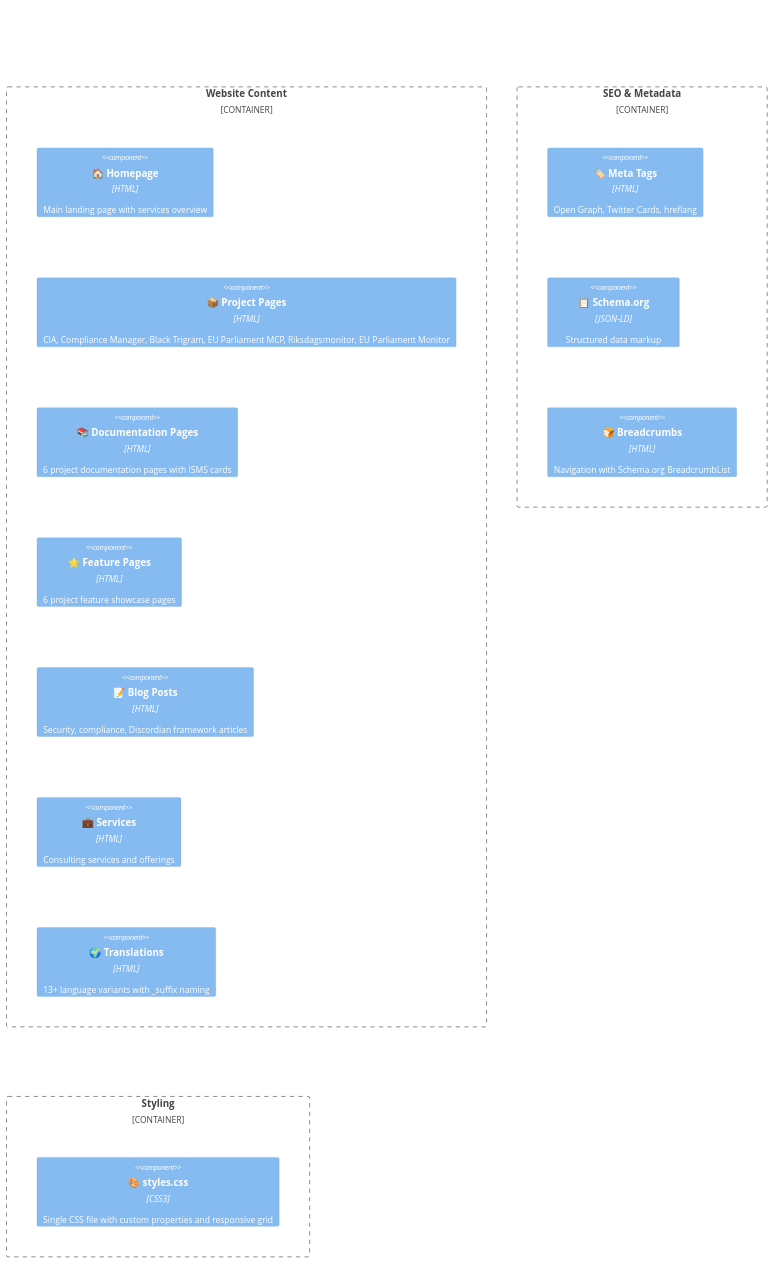
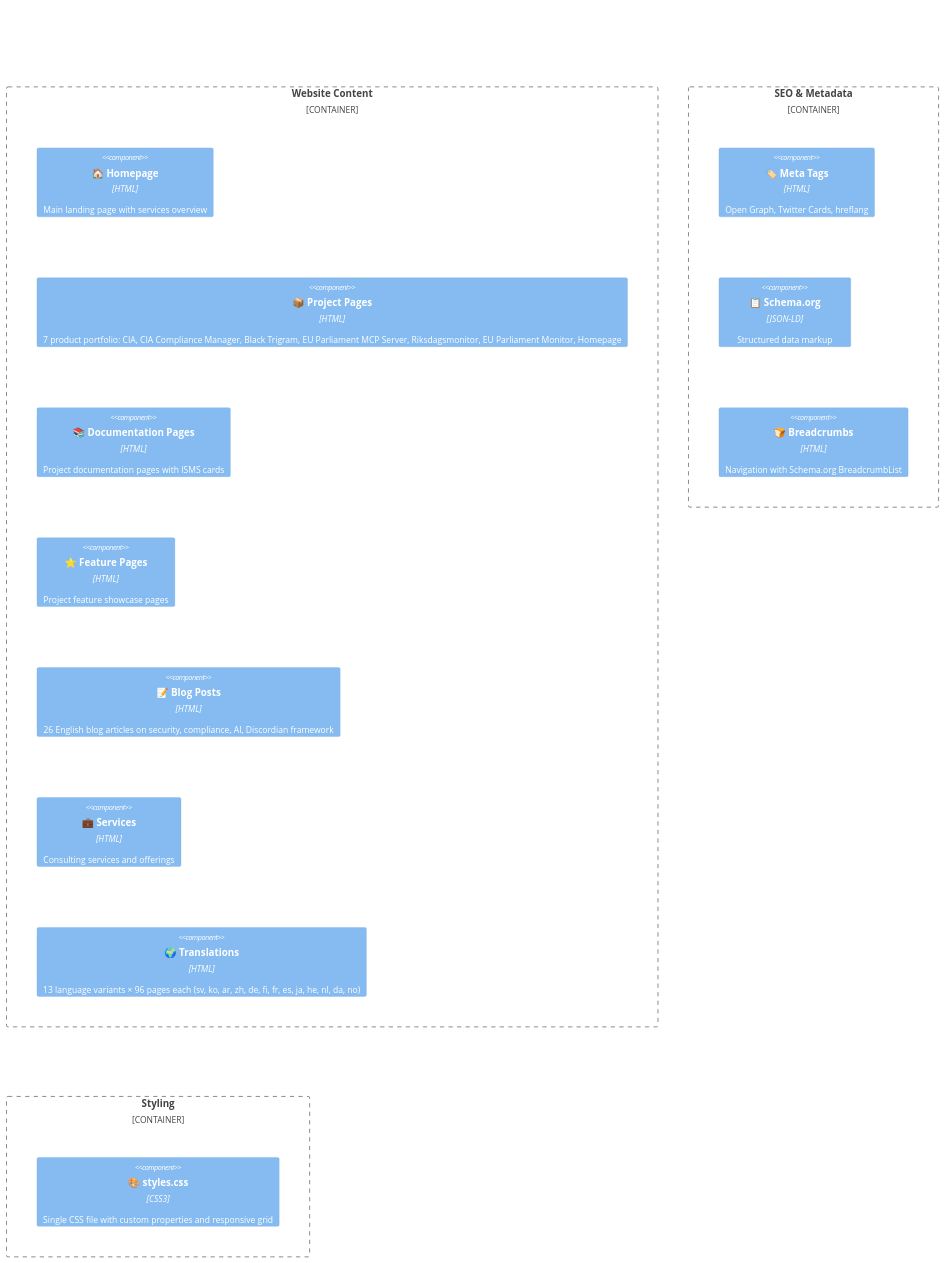
Before and after one commit to Hack23/homepage: the third of 4 diagrams in ARCHITECTURE.md, drawn with Mermaid. The commit also changed other lines of this file and 2 other files, not shown here.

First line of the commit message:
docs: refresh ARCHITECTURE/WORKFLOWS, create End-of-Life-Strategy

````diff
--- a/ARCHITECTURE.md
+++ b/ARCHITECTURE.md
@@ -125,25 +129,25 @@
 ```mermaid
 %%{init: {"theme": "base", "themeVariables": {"primaryColor": "#2196F3", "primaryTextColor": "#ffffff", "lineColor": "#455A64", "secondaryColor": "#4CAF50", "tertiaryColor": "#FF9800", "primaryBorderColor": "#1565C0"}}}%%
 C4Component
     title Component View - Hack23 Homepage Content
 
     Container_Boundary(content, "Website Content") {
         Component(index, "🏠 Homepage", "HTML", "Main landing page with services overview")
-        Component(projects, "📦 Project Pages", "HTML", "CIA, Compliance Manager, Black Trigram, EU Parliament MCP, Riksdagsmonitor, EU Parliament Monitor")
-        Component(docs, "📚 Documentation Pages", "HTML", "6 project documentation pages with ISMS cards")
-        Component(features, "⭐ Feature Pages", "HTML", "6 project feature showcase pages")
-        Component(blog, "📝 Blog Posts", "HTML", "Security, compliance, Discordian framework articles")
+        Component(projects, "📦 Project Pages", "HTML", "7 product portfolio: CIA, CIA Compliance Manager, Black Trigram, EU Parliament MCP Server, Riksdagsmonitor, EU Parliament Monitor, Homepage")
+        Component(docs, "📚 Documentation Pages", "HTML", "Project documentation pages with ISMS cards")
+        Component(features, "⭐ Feature Pages", "HTML", "Project feature showcase pages")
+        Component(blog, "📝 Blog Posts", "HTML", "26 English blog articles on security, compliance, AI, Discordian framework")
         Component(services, "💼 Services", "HTML", "Consulting services and offerings")
-        Component(i18n, "🌍 Translations", "HTML", "13+ language variants with _suffix naming")
+        Component(i18n, "🌍 Translations", "HTML", "13 language variants × 96 pages each (sv, ko, ar, zh, de, fi, fr, es, ja, he, nl, da, no)")
     }
 
     Container_Boundary(seo, "SEO & Metadata") {
         Component(meta, "🏷️ Meta Tags", "HTML", "Open Graph, Twitter Cards, hreflang")
         Component(schemaorg, "📋 Schema.org", "JSON-LD", "Structured data markup")
         Component(breadcrumbs, "🍞 Breadcrumbs", "HTML", "Navigation with Schema.org BreadcrumbList")
     }
 
     Container_Boundary(style, "Styling") {
         Component(stylesheet, "🎨 styles.css", "CSS3", "Single CSS file with custom properties and responsive grid")
     }
 ```
````
